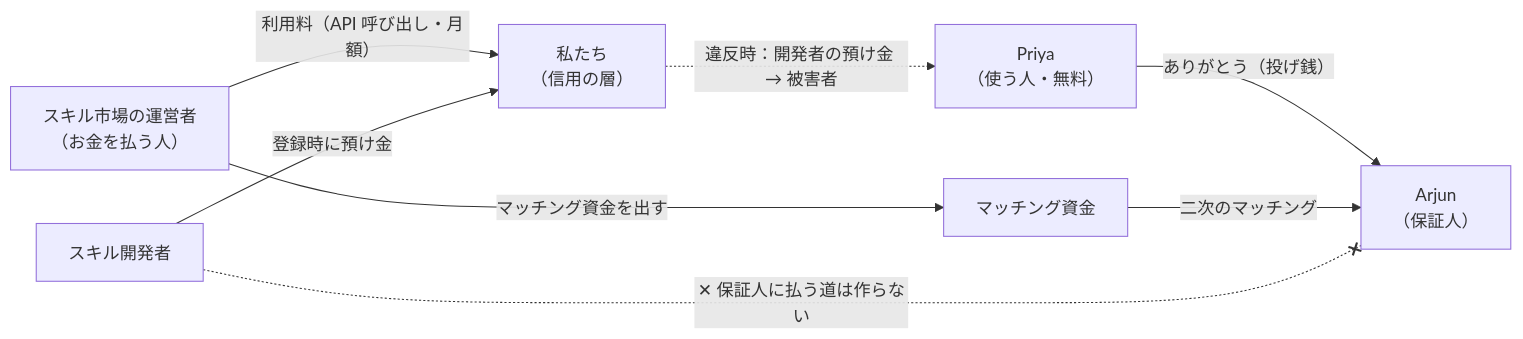
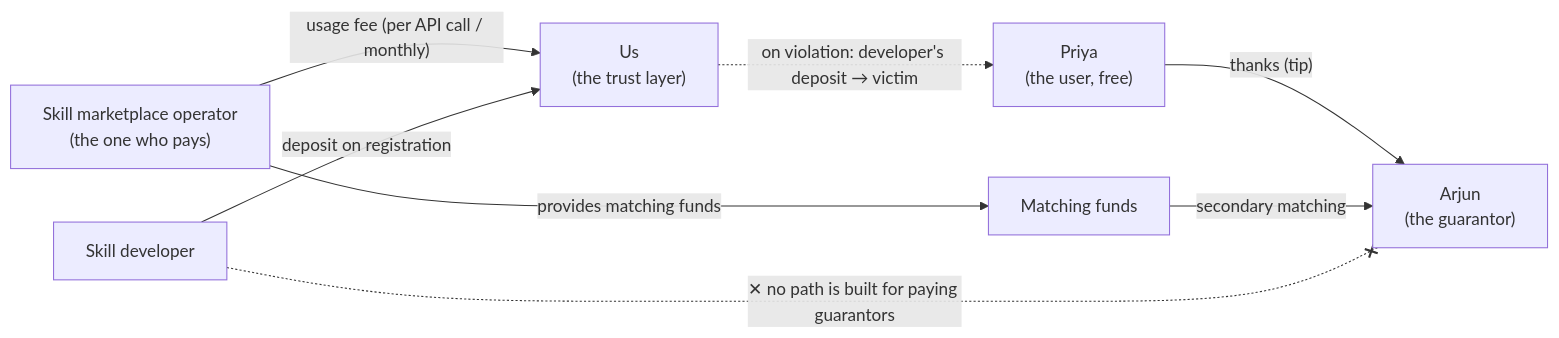
The second of 2 diagrams in ideation/2026-11-06-final-image.md (kou-uni/ethglobal-mumbai), drawn with Mermaid before and after one commit. The commit also changed other lines of this file and 14 other files, not shown here.

````diff
--- a/ideation/2026-11-06-final-image.md
+++ b/ideation/2026-11-06-final-image.md
@@ -76,17 +76,17 @@
 ```mermaid
 flowchart LR
-  OP["スキル市場の運営者<br/>（お金を払う人）"]
-  US["Priya<br/>（使う人・無料）"]
-  GU["Arjun<br/>（保証人）"]
-  DV["スキル開発者"]
-  PF["私たち<br/>（信用の層）"]
-  POOL["マッチング資金"]
+  OP["Skill marketplace operator<br/>(the one who pays)"]
+  US["Priya<br/>(the user, free)"]
+  GU["Arjun<br/>(the guarantor)"]
+  DV["Skill developer"]
+  PF["Us<br/>(the trust layer)"]
+  POOL["Matching funds"]
 
-  OP -- "利用料（API 呼び出し・月額）" --> PF
-  OP -- "マッチング資金を出す" --> POOL
-  US -- "ありがとう（投げ銭）" --> GU
-  POOL -- "二次のマッチング" --> GU
-  DV -- "登録時に預け金" --> PF
-  PF -. "違反時：開発者の預け金 → 被害者" .-> US
-  DV -. "✕ 保証人に払う道は作らない" .-x GU
+  OP -- "usage fee (per API call / monthly)" --> PF
+  OP -- "provides matching funds" --> POOL
+  US -- "thanks (tip)" --> GU
+  POOL -- "secondary matching" --> GU
+  DV -- "deposit on registration" --> PF
+  PF -. "on violation: developer's deposit → victim" .-> US
+  DV -. "✕ no path is built for paying guarantors" .-x GU
 ```
````
